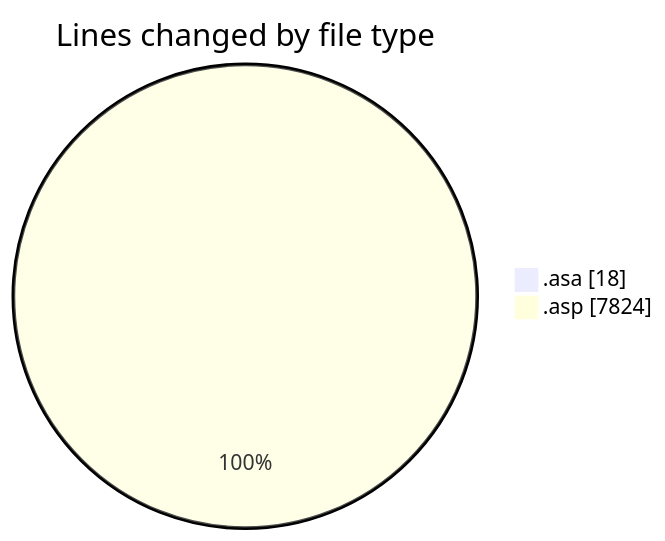
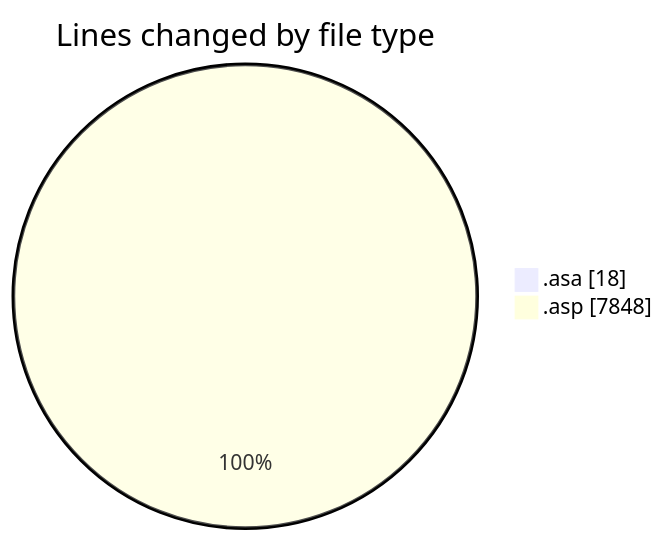
The first of 2 diagrams in 2025-11-06/usr_aleoudev_fr__workspace_/README.md (julien-gomy/code-tracking), drawn with Mermaid before and after one commit. The commit also changed other lines of this file and 1 other file, not shown here.

````diff
--- a/2025-11-06/usr_aleoudev_fr__workspace_/README.md
+++ b/2025-11-06/usr_aleoudev_fr__workspace_/README.md
@@ -24,6 +24,6 @@
 ```mermaid
 pie showData
 title Lines changed by file type
 ".asa" : 18
-".asp" : 7824
+".asp" : 7848
 ```
````
